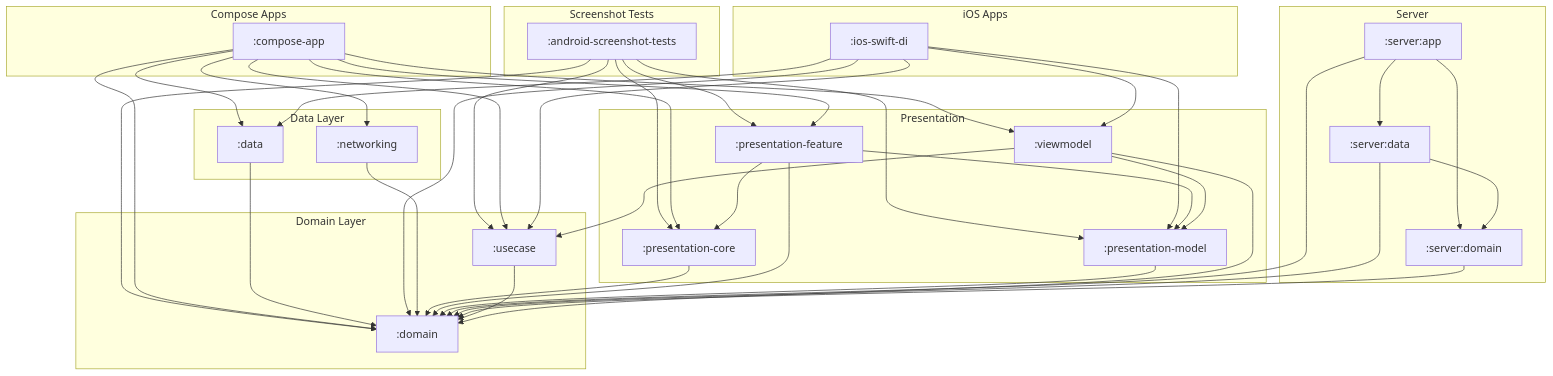
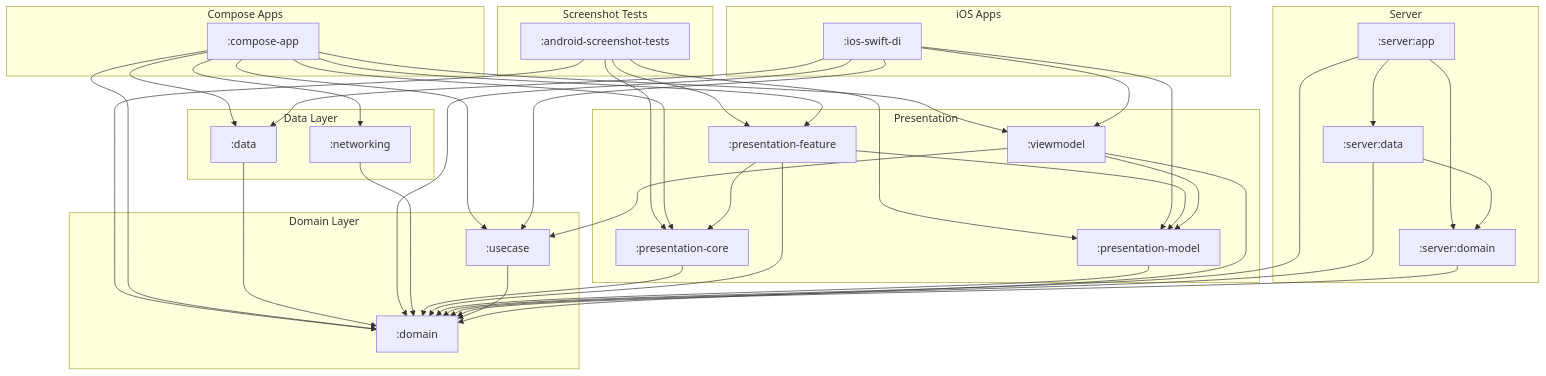
Before and after one commit to cartland/battery-butler: the diagram in docs/diagrams/kotlin_module_structure.mmd, drawn with Mermaid. The commit also changed 5 other files, not shown here.

```diff
--- a/docs/diagrams/kotlin_module_structure.mmd
+++ b/docs/diagrams/kotlin_module_structure.mmd
@@ -1,83 +1,82 @@
 graph TD
     subgraph "iOS Apps"
         IosSwiftDi[":ios-swift-di"]
     end
 
     subgraph "Compose Apps"
         ComposeApp[":compose-app"]
     end
 
     subgraph "Server"
         ServerApp[":server:app"]
         ServerData[":server:data"]
         ServerDomain[":server:domain"]
     end
 
     subgraph "Presentation"
         PresentationCore[":presentation-core"]
         PresentationFeature[":presentation-feature"]
         PresentationModel[":presentation-model"]
         Viewmodel[":viewmodel"]
     end
 
     subgraph "Domain Layer"
         Domain[":domain"]
         Usecase[":usecase"]
     end
 
     subgraph "Data Layer"
         Data[":data"]
         Networking[":networking"]
     end
 
     subgraph "Screenshot Tests"
         AndroidScreenshotTests[":android-screenshot-tests"]
     end
 
     %% Dependencies
     AndroidScreenshotTests --> Domain
     AndroidScreenshotTests --> PresentationCore
     AndroidScreenshotTests --> PresentationFeature
     AndroidScreenshotTests --> PresentationModel
-    AndroidScreenshotTests --> Usecase
 
     ComposeApp --> Data
     ComposeApp --> Domain
     ComposeApp --> Networking
     ComposeApp --> PresentationCore
     ComposeApp --> PresentationFeature
     ComposeApp --> Usecase
     ComposeApp --> Viewmodel
 
     Data --> Domain
 
     IosSwiftDi --> Data
     IosSwiftDi --> Domain
     IosSwiftDi --> PresentationModel
     IosSwiftDi --> Usecase
     IosSwiftDi --> Viewmodel
 
     Networking --> Domain
 
     PresentationCore --> Domain
 
     PresentationFeature --> Domain
     PresentationFeature --> PresentationCore
     PresentationFeature --> PresentationModel
 
     PresentationModel --> Domain
 
     ServerApp --> Domain
     ServerApp --> ServerData
     ServerApp --> ServerDomain
 
     ServerData --> Domain
     ServerData --> ServerDomain
 
     ServerDomain --> Domain
 
     Usecase --> Domain
 
     Viewmodel --> Domain
     Viewmodel --> PresentationModel
     Viewmodel --> Usecase
```
